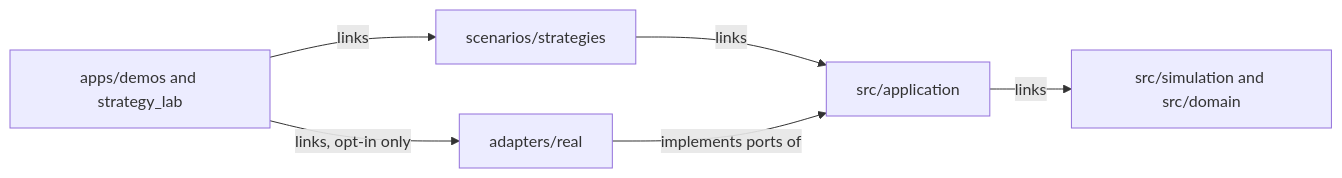
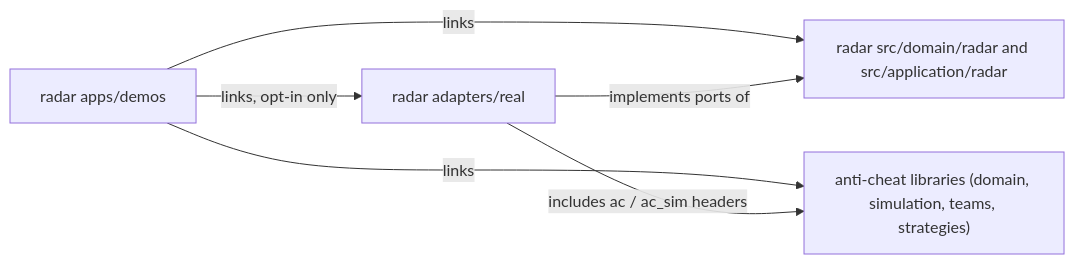
One commit to sebastianspicker/periscope-cs2 changed the second of 6 diagrams in docs/ARCHITECTURE.md. Above: the diagram before and after it, drawn with Mermaid. The commit also changed other lines of this file and 1657 other files, not shown here.

````diff
--- a/docs/ARCHITECTURE.md
+++ b/docs/ARCHITECTURE.md
@@ -86,13 +111,12 @@
 ```mermaid
 flowchart LR
-  apps["apps/demos and strategy_lab"]
-  scen["scenarios/strategies"]
-  appl["src/application"]
-  core["src/simulation and src/domain"]
-  real["adapters/real"]
-  apps -->|links| scen
-  scen -->|links| appl
-  appl -->|links| core
+  apps["radar apps/demos"]
+  rad["radar src/domain/radar and src/application/radar"]
+  real["radar adapters/real"]
+  ac["anti-cheat libraries (domain, simulation, teams, strategies)"]
+  apps -->|links| rad
+  apps -->|links| ac
   apps -->|"links, opt-in only"| real
-  real -->|implements ports of| appl
+  real -->|implements ports of| rad
+  real -->|"includes ac / ac_sim headers"| ac
 ```
````
